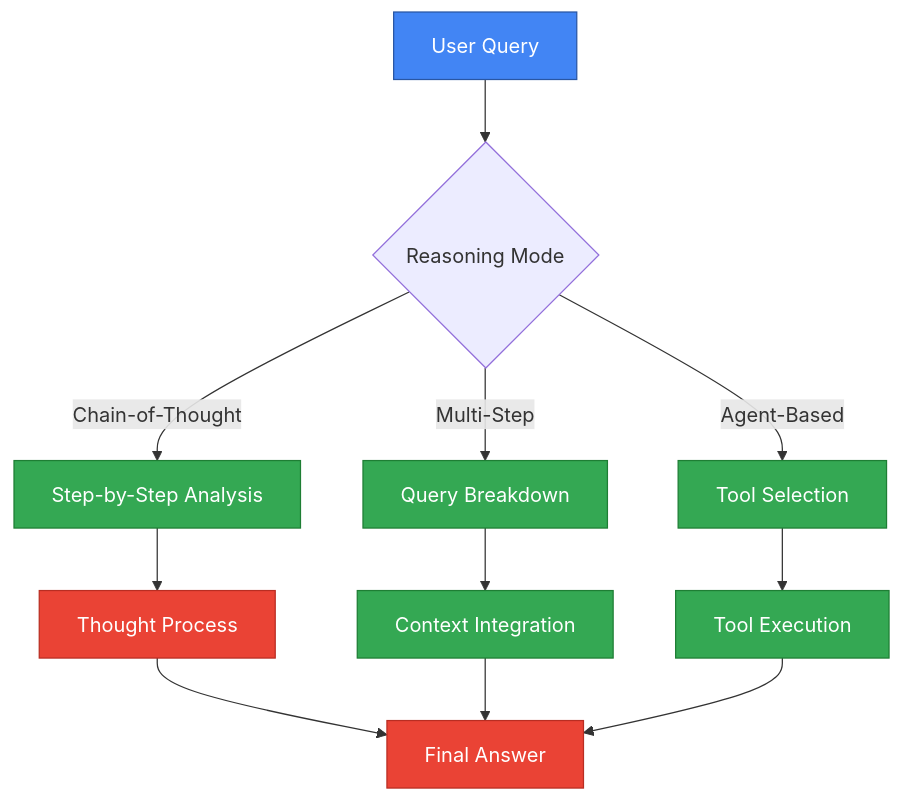
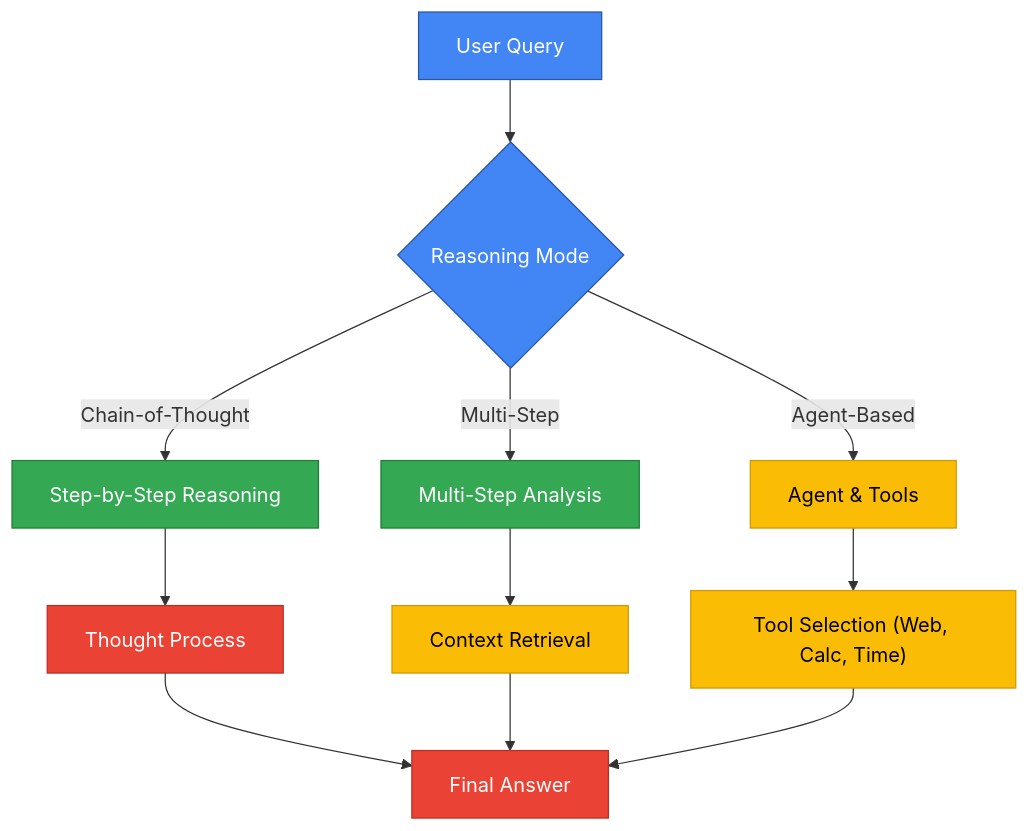
One commit to khaosans/basic-chat changed the second of 6 diagrams in README.md. Above: the diagram before and after it, drawn with Mermaid. The commit also changed other lines of this file, not shown here.

Commit message:
docs: Revise README.md for clarity and detail - Update system architecture diagrams and descriptions - Enhance reasoning modes flow and document processing pipeline - Add memory management and model interaction flow diagrams

````diff
--- a/README.md
+++ b/README.md
@@ -65,20 +72,20 @@
 ```mermaid
 graph TD
-    %% Color definitions
-    classDef reasoning fill:#4285f4,stroke:#2956a3,color:white
-    classDef process fill:#34a853,stroke:#1e7e34,color:white
+    classDef mode fill:#4285f4,stroke:#2956a3,color:white
+    classDef step fill:#34a853,stroke:#1e7e34,color:white
+    classDef tool fill:#fbbc05,stroke:#cc9a04,color:black
     classDef output fill:#ea4335,stroke:#b92d22,color:white
 
-    A[User Query]:::reasoning --> B{Reasoning Mode}
-    B -->|Chain-of-Thought| C[Step-by-Step Analysis]:::process
-    B -->|Multi-Step| D[Query Breakdown]:::process
-    B -->|Agent-Based| E[Tool Selection]:::process
-    
-    C --> F[Thought Process]:::output
-    D --> G[Context Integration]:::process
-    E --> H[Tool Execution]:::process
-    
-    F --> I[Final Answer]:::output
-    G --> I
-    H --> I
+    Q["User Query"]:::mode --> M{"Reasoning Mode"}:::mode
+    M -->|Chain-of-Thought| COT["Step-by-Step Reasoning"]:::step
+    M -->|Multi-Step| MS["Multi-Step Analysis"]:::step
+    M -->|Agent-Based| AG["Agent & Tools"]:::tool
+
+    COT --> TP["Thought Process"]:::output
+    MS --> CTX["Context Retrieval"]:::tool
+    AG --> TSEL["Tool Selection (Web, Calc, Time)"]:::tool
+
+    TP --> FA["Final Answer"]:::output
+    CTX --> FA
+    TSEL --> FA
 ```
````
